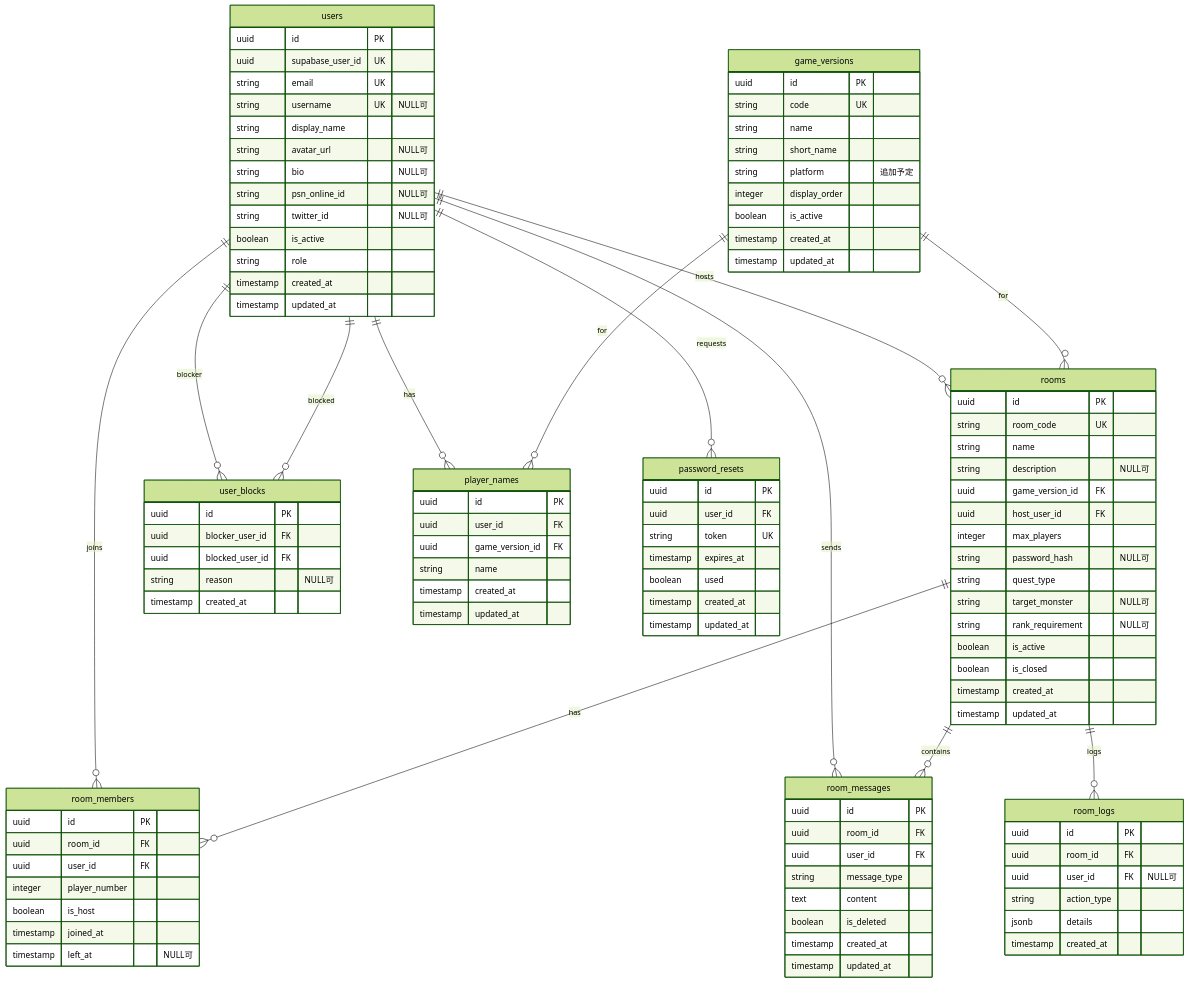
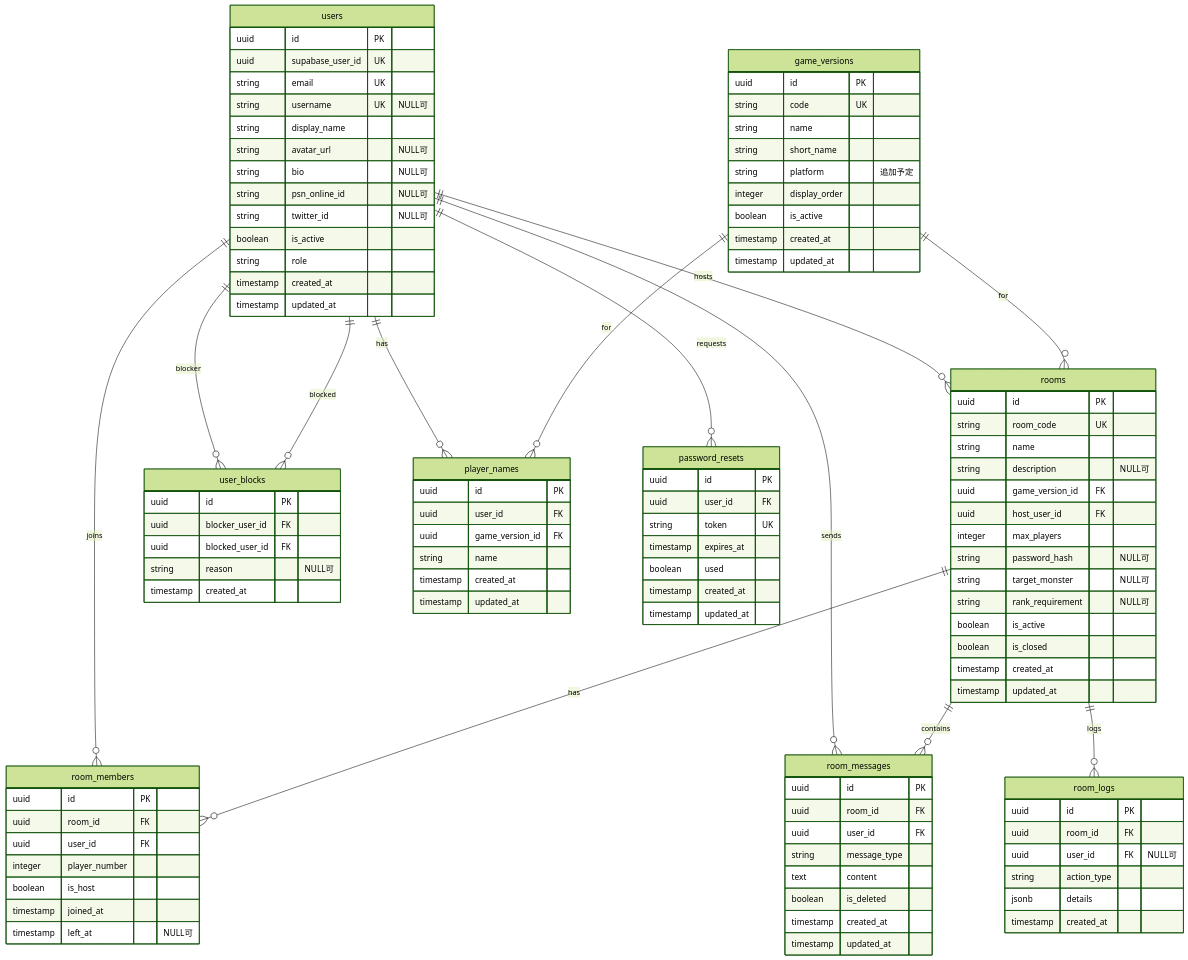
Before and after one commit to motty93/mhp-rooms: the diagram in docs/er.md, drawn with Mermaid (forest theme). The commit also changed 4 other files, not shown here.

Commit message:
feat: remove quest_type

```diff
--- a/docs/er.md
+++ b/docs/er.md
@@ -59,7 +59,6 @@
         uuid host_user_id FK
         integer max_players
         string password_hash "NULL可"
-        string quest_type
         string target_monster "NULL可"
         string rank_requirement "NULL可"
         boolean is_active
```
